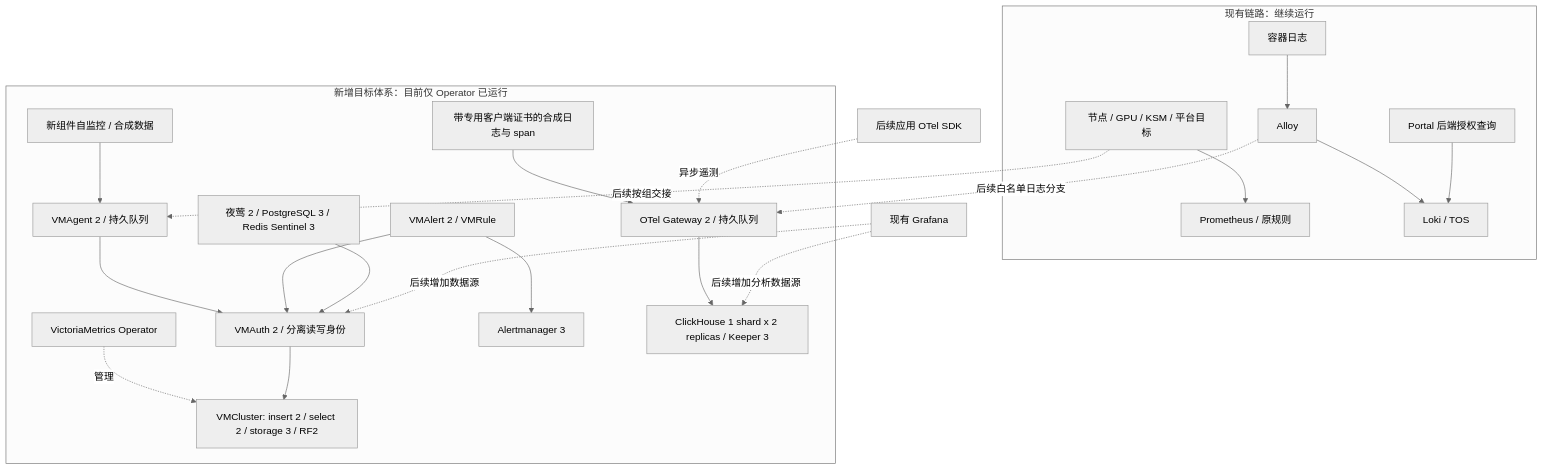
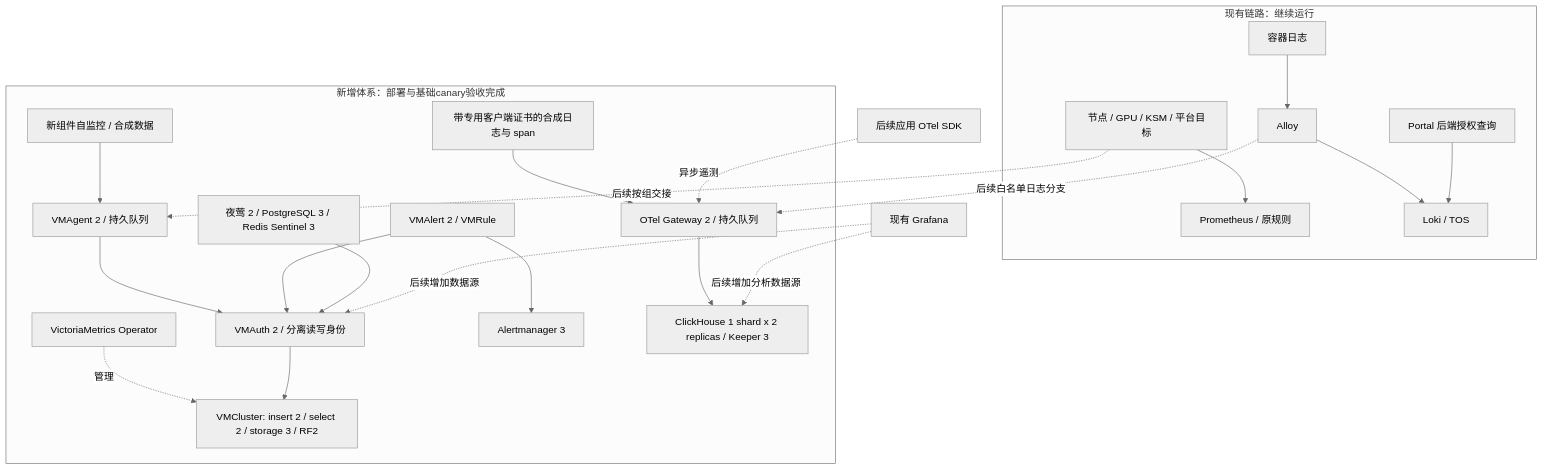
The diagram in ops/observability/next/DEPLOYMENT_RUNBOOK.md (suAsher/ray-train-platform), drawn with Mermaid (neutral theme) before and after one commit. The commit also changed other lines of this file and 3 other files, not shown here.

````diff
--- a/ops/observability/next/DEPLOYMENT_RUNBOOK.md
+++ b/ops/observability/next/DEPLOYMENT_RUNBOOK.md
@@ -20,23 +24,23 @@
 ```mermaid
 flowchart TB
   subgraph OLD[现有链路：继续运行]
     EXP[节点 / GPU / KSM / 平台目标] --> PROM[Prometheus / 原规则]
     LOG[容器日志] --> AL[Alloy] --> LOKI[Loki / TOS]
     PORTAL[Portal 后端授权查询] --> LOKI
   end
-  subgraph NEW[新增目标体系：目前仅 Operator 已运行]
+  subgraph NEW[新增体系：部署与基础canary验收完成]
     OP[VictoriaMetrics Operator] -. 管理 .-> VMC[VMCluster: insert 2 / select 2 / storage 3 / RF2]
     SELF[新组件自监控 / 合成数据] --> AG[VMAgent 2 / 持久队列]
     AG --> AUTH[VMAuth 2 / 分离读写身份] --> VMC
     VA[VMAlert 2 / VMRule] --> AUTH
     VA --> AM[Alertmanager 3]
     N9E[夜莺 2 / PostgreSQL 3 / Redis Sentinel 3] --> AUTH
     CANARY[带专用客户端证书的合成日志与 span] --> OTEL[OTel Gateway 2 / 持久队列]
     OTEL --> CH[ClickHouse 1 shard x 2 replicas / Keeper 3]
   end
   EXP -. 后续按组交接 .-> AG
   AL -. 后续白名单日志分支 .-> OTEL
   SDK[后续应用 OTel SDK] -. 异步遥测 .-> OTEL
   G[现有 Grafana] -. 后续增加数据源 .-> AUTH
   G -. 后续增加分析数据源 .-> CH
 ```
````
